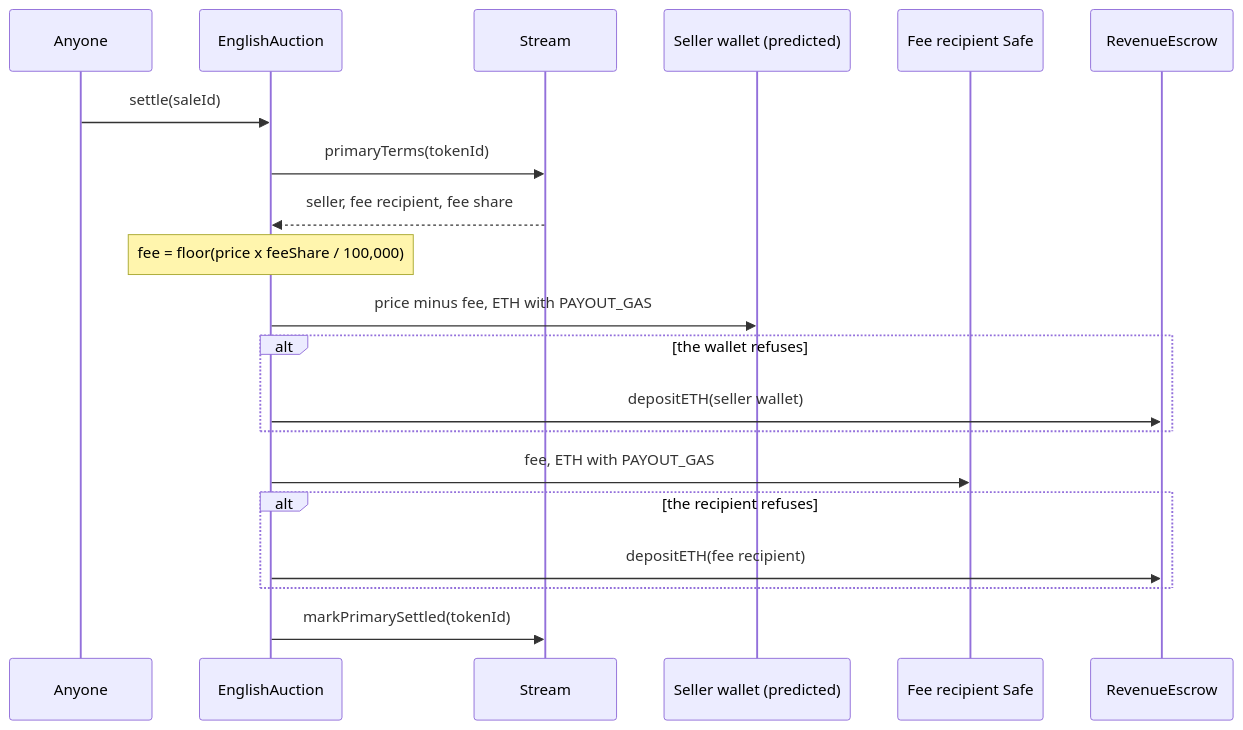
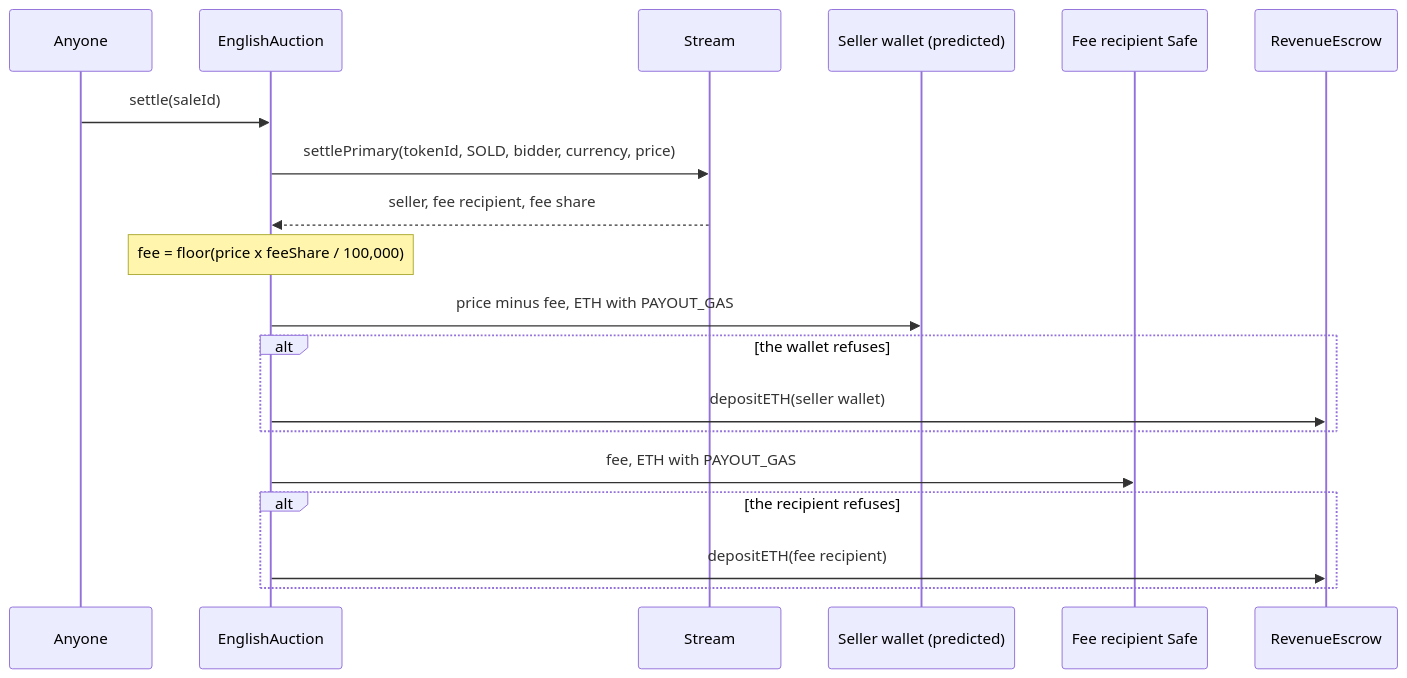
The fourth of 8 diagrams in docs/spec/economics-and-payouts.md (6529-Collections/6529-works), drawn with Mermaid before and after one commit. The commit also changed 48 other files, not shown here.

First line of the commit message:
rc.2 L3: Stream records each 1/1's primary-sale outcome and takes unsold works to the museum (owner decision 17) (#82)

````diff
--- a/docs/spec/economics-and-payouts.md
+++ b/docs/spec/economics-and-payouts.md
@@ -289,22 +289,21 @@
 ```mermaid
 sequenceDiagram
     participant Settler as Anyone
     participant Auction as EnglishAuction
     participant Stream as Stream
     participant Seller as Seller wallet (predicted)
     participant Fee as Fee recipient Safe
     participant Escrow as RevenueEscrow
     Settler->>Auction: settle(saleId)
-    Auction->>Stream: primaryTerms(tokenId)
+    Auction->>Stream: settlePrimary(tokenId, SOLD, bidder, currency, price)
     Stream-->>Auction: seller, fee recipient, fee share
     Note over Auction: fee = floor(price x feeShare / 100,000)
     Auction->>Seller: price minus fee, ETH with PAYOUT_GAS
     alt the wallet refuses
         Auction->>Escrow: depositETH(seller wallet)
     end
     Auction->>Fee: fee, ETH with PAYOUT_GAS
     alt the recipient refuses
         Auction->>Escrow: depositETH(fee recipient)
     end
-    Auction->>Stream: markPrimarySettled(tokenId)
 ```
````
